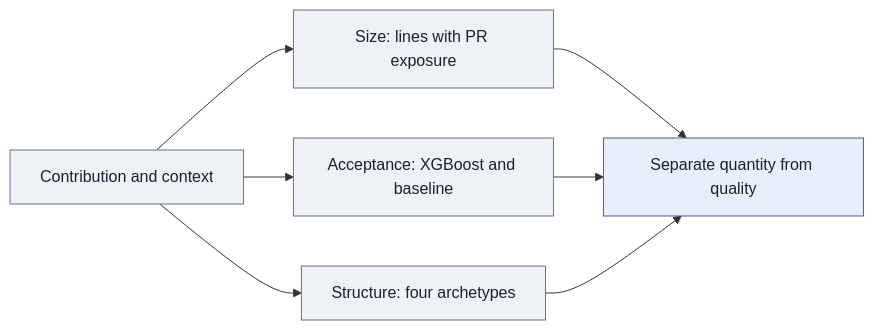
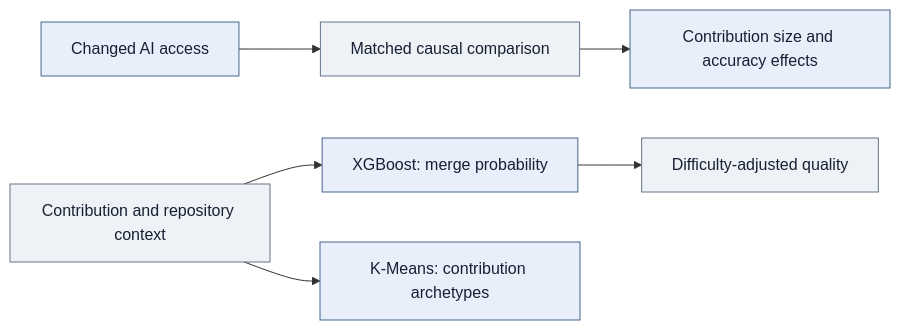
One commit to SardarBonabi/contribution-quality-machine-learning changed the diagram in README.md. Above: the diagram before and after it, drawn with Mermaid. The commit also changed other lines of this file, not shown here.

Commit message:
Lead with quasi-experimental quality effects and highlight ML methods

````diff
--- a/README.md
+++ b/README.md
@@ -89,14 +82,15 @@
 ```mermaid
 flowchart LR
-    A["Contribution and context"] --> B["Size: lines with PR exposure"]
-    A --> C["Acceptance: XGBoost and baseline"]
-    A --> D["Structure: four archetypes"]
-    B --> E["Separate quantity from quality"]
-    C --> E
-    D --> E
-    style A fill:#eef2f6,stroke:#64748b,color:#172033
+    A["Changed AI access"] --> B["Matched causal comparison"]
+    B --> C["Contribution size and accuracy effects"]
+    D["Contribution and repository context"] --> E["XGBoost: merge probability"]
+    E --> F["Difficulty-adjusted quality"]
+    D --> G["K-Means: contribution archetypes"]
+    style A fill:#e8effa,stroke:#45658d,color:#172033
     style B fill:#eef2f6,stroke:#64748b,color:#172033
-    style C fill:#eef2f6,stroke:#64748b,color:#172033
+    style C fill:#e8effa,stroke:#45658d,color:#172033
     style D fill:#eef2f6,stroke:#64748b,color:#172033
     style E fill:#e8effa,stroke:#45658d,color:#172033
+    style F fill:#eef2f6,stroke:#64748b,color:#172033
+    style G fill:#e8effa,stroke:#45658d,color:#172033
 ```
````
